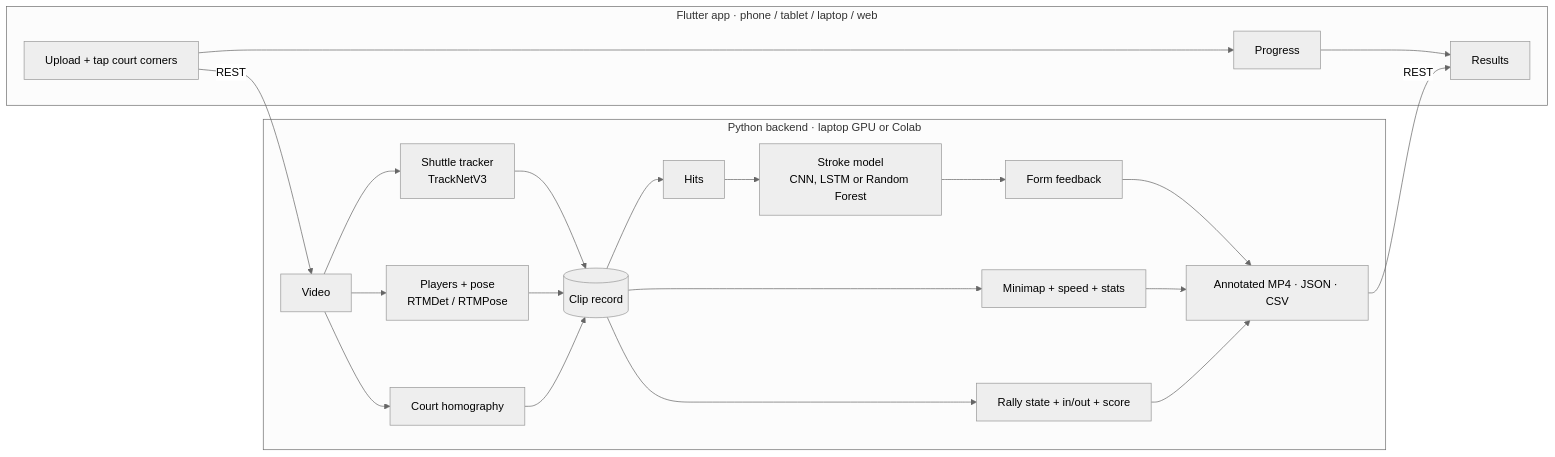
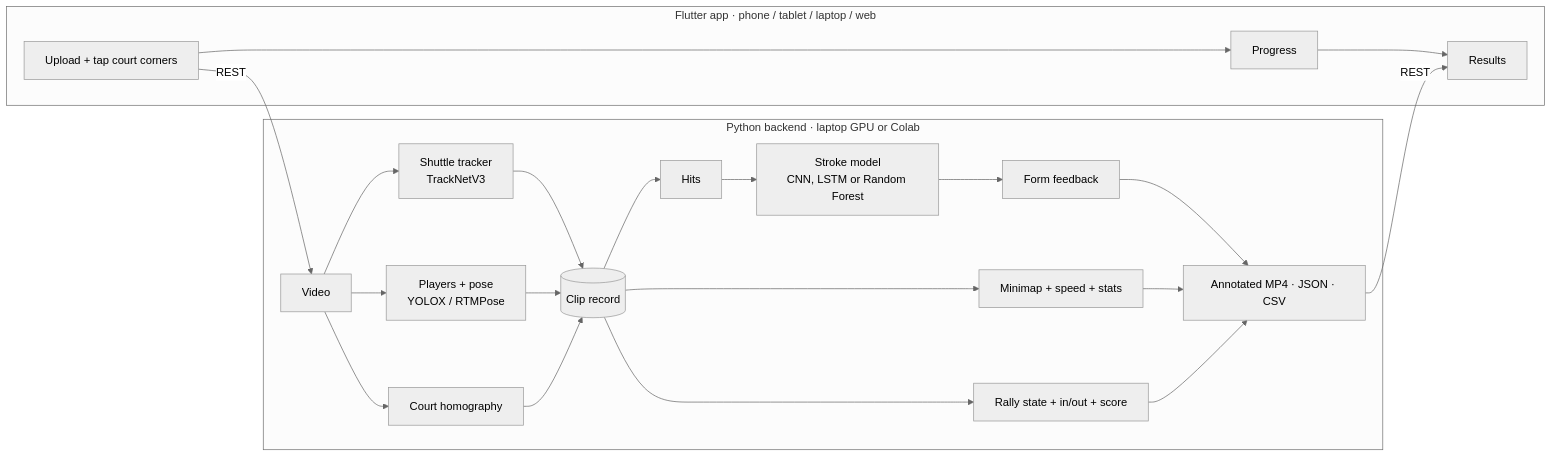
Before and after one commit to Mist10148/ShuttleSense: the diagram in README.md, drawn with Mermaid (neutral theme). The commit also changed other lines of this file and 7 other files, not shown here.

````diff
--- a/README.md
+++ b/README.md
@@ -99,22 +99,22 @@
 ```mermaid
 flowchart LR
     subgraph App["Flutter app · phone / tablet / laptop / web"]
         U[Upload + tap court corners] --> P[Progress] --> R[Results]
     end
     subgraph Backend["Python backend · laptop GPU or Colab"]
         A[Video] --> B[Shuttle tracker<br/>TrackNetV3]
-        A --> C[Players + pose<br/>RTMDet / RTMPose]
+        A --> C[Players + pose<br/>YOLOX / RTMPose]
         A --> D[Court homography]
         B --> E[(Clip record)]
         C --> E
         D --> E
         E --> F[Hits] --> G[Stroke model<br/>CNN, LSTM or Random Forest] --> H[Form feedback]
         E --> I[Minimap + speed + stats]
         E --> L[Rally state + in/out + score]
         H --> O[Annotated MP4 · JSON · CSV]
         I --> O
         L --> O
     end
     U -- REST --> A
     O -- REST --> R
 ```
````
